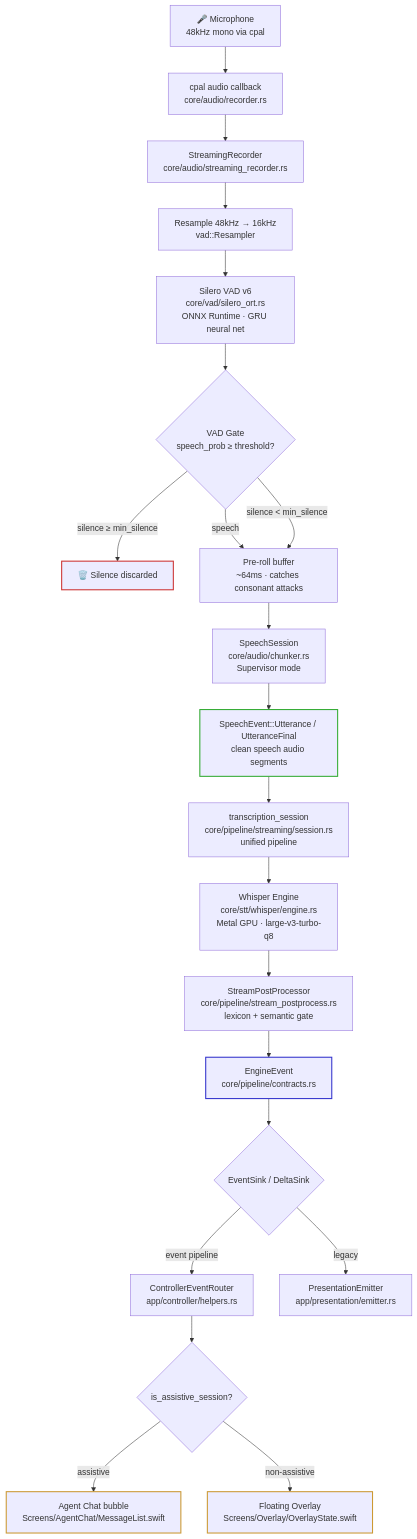
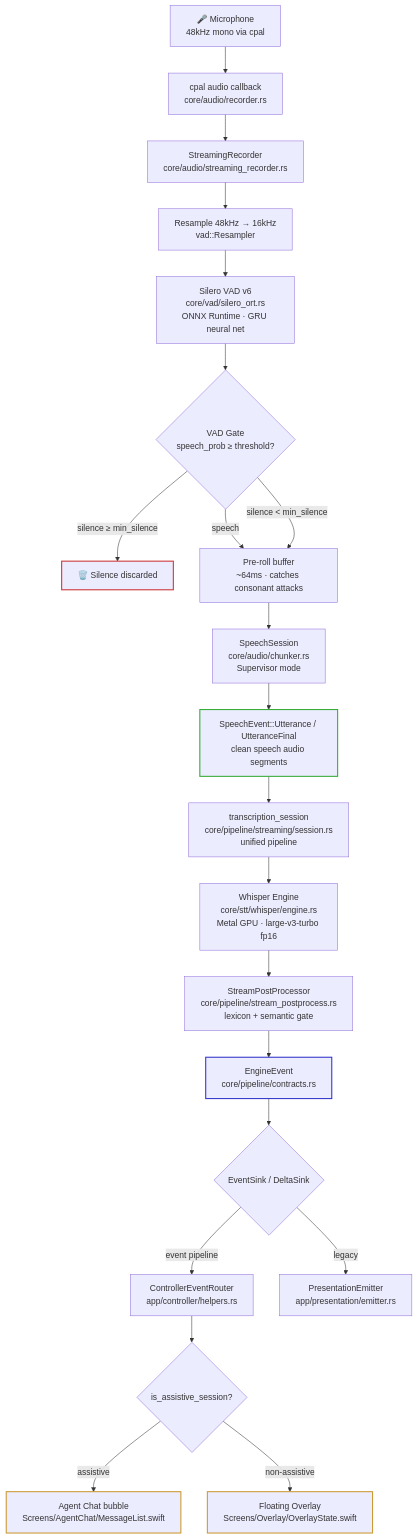
The second of 2 diagrams in docs/OVERLAY_STREAMING.md (vetcoders/codescribe), drawn with Mermaid before and after one commit. The commit also changed 25 other files, not shown here.

Commit message:
[codex/vc-workflow] fix(stt): refuse quantized Whisper runtime models

````diff
--- a/docs/OVERLAY_STREAMING.md
+++ b/docs/OVERLAY_STREAMING.md
@@ -58,50 +58,50 @@
 ```mermaid
 flowchart TD
     MIC[🎤 Microphone\n48kHz mono via cpal]
     CPAL[cpal audio callback\ncore/audio/recorder.rs]
     SR[StreamingRecorder\ncore/audio/streaming_recorder.rs]
     RESAMPLE[Resample 48kHz → 16kHz\nvad::Resampler]
     VAD[Silero VAD v6\ncore/vad/silero_ort.rs\nONNX Runtime · GRU neural net]
     GATE{VAD Gate\nspeech_prob ≥ threshold?}
     DROP[🗑️ Silence discarded]
     PREROLL[Pre-roll buffer\n~64ms · catches consonant attacks]
     SPEECH[SpeechSession\ncore/audio/chunker.rs\nSupervisor mode]
     CHUNK[SpeechEvent::Utterance / UtteranceFinal\nclean speech audio segments]
     WORKER[transcription_session\ncore/pipeline/streaming/session.rs\nunified pipeline]
-    WHISPER[Whisper Engine\ncore/stt/whisper/engine.rs\nMetal GPU · large-v3-turbo-q8]
+    WHISPER[Whisper Engine\ncore/stt/whisper/engine.rs\nMetal GPU · large-v3-turbo fp16]
     POSTPROC[StreamPostProcessor\ncore/pipeline/stream_postprocess.rs\nlexicon + semantic gate]
     EVENT[EngineEvent\ncore/pipeline/contracts.rs]
     SINK{EventSink / DeltaSink}
     ROUTER[ControllerEventRouter\napp/controller/helpers.rs]
     EMITTER[PresentationEmitter\napp/presentation/emitter.rs]
     CHECK{is_assistive_session?}
     ASSIST[Agent Chat bubble\nScreens/AgentChat/MessageList.swift]
     OVERLAY[Floating Overlay\nScreens/Overlay/OverlayState.swift]
 
     MIC --> CPAL
     CPAL --> SR
     SR --> RESAMPLE
     RESAMPLE --> VAD
     VAD --> GATE
     GATE -->|speech| PREROLL
     GATE -->|silence < min_silence| PREROLL
     GATE -->|silence ≥ min_silence| DROP
     PREROLL --> SPEECH
     SPEECH --> CHUNK
     CHUNK --> WORKER
     WORKER --> WHISPER
     WHISPER --> POSTPROC
     POSTPROC --> EVENT
     EVENT --> SINK
     SINK -->|event pipeline| ROUTER
     SINK -->|legacy| EMITTER
     ROUTER --> CHECK
     CHECK -->|assistive| ASSIST
     CHECK -->|non-assistive| OVERLAY
 
     style DROP stroke:#c33,stroke-width:2px
     style CHUNK stroke:#3a3,stroke-width:2px
     style EVENT stroke:#33c,stroke-width:2px
     style OVERLAY stroke:#c93,stroke-width:2px
     style ASSIST stroke:#c93,stroke-width:2px
 ```
````
